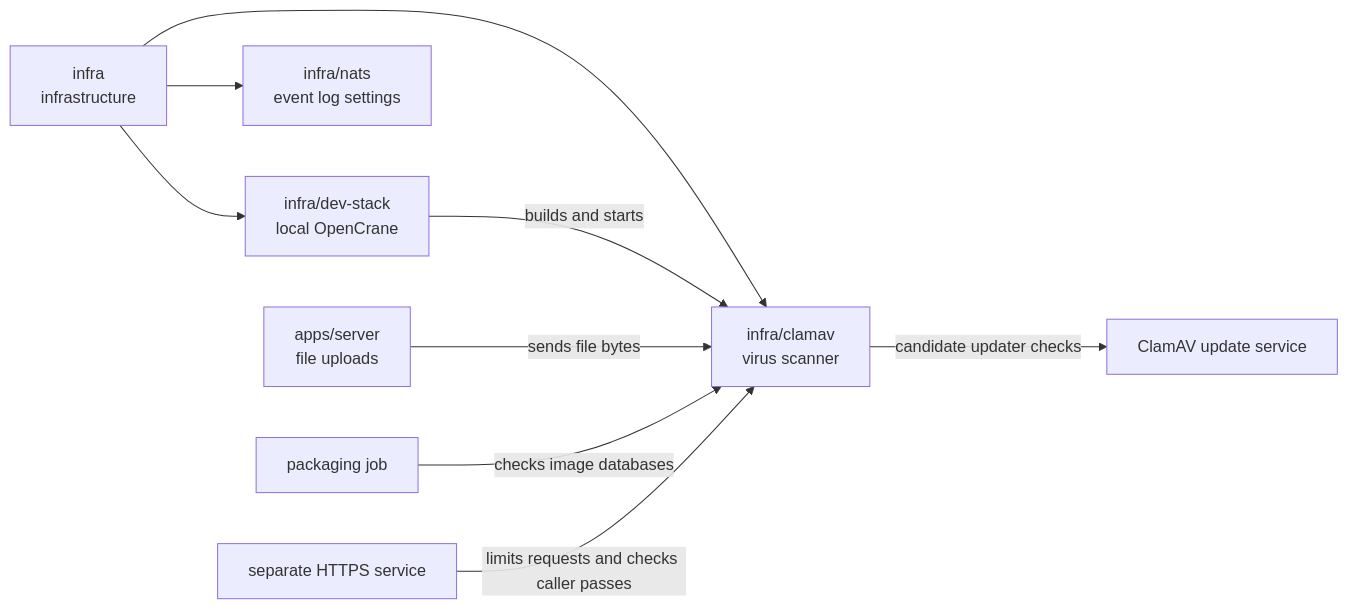
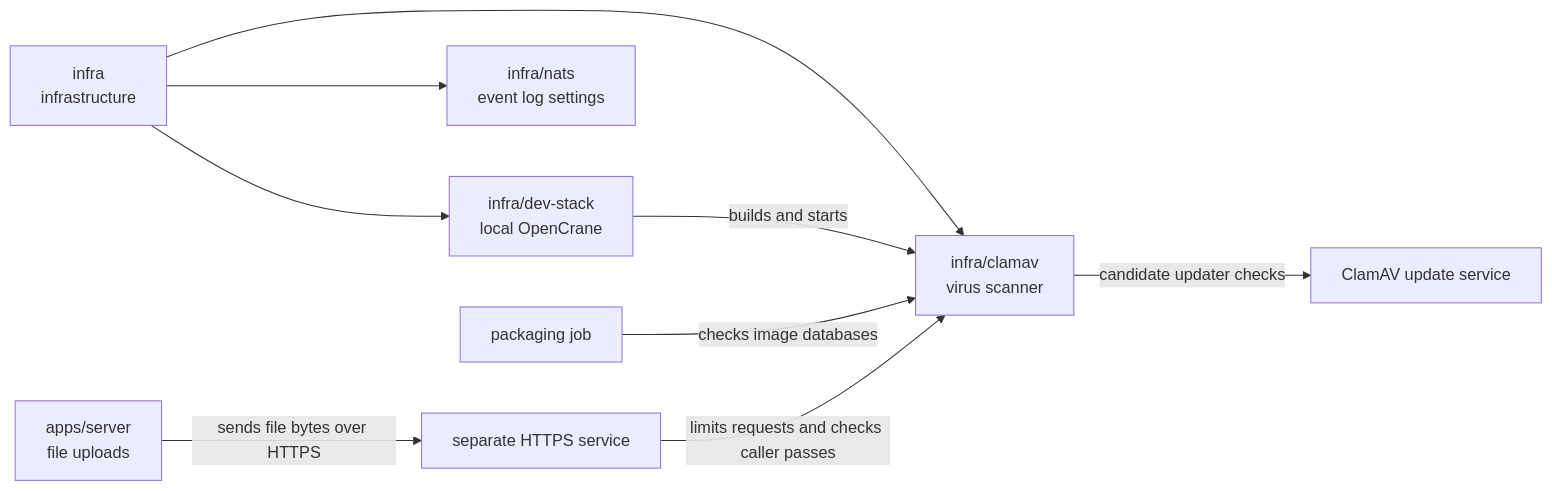
The diagram in infra/clamav/README.md (elewa-git/opencrane-new), drawn with Mermaid before and after one commit. The commit also changed other lines of this file and 19 other files, not shown here.

Commit message:
🔒 Require authenticated HTTPS scans before storing uploads

````diff
--- a/infra/clamav/README.md
+++ b/infra/clamav/README.md
@@ -15,11 +15,11 @@
 ```mermaid
 flowchart LR
   infra["infra<br/>infrastructure"] --> clamav["infra/clamav<br/>virus scanner"]
   infra --> stack["infra/dev-stack<br/>local OpenCrane"]
   infra --> nats["infra/nats<br/>event log settings"]
   stack -->|builds and starts| clamav
-  server["apps/server<br/>file uploads"] -->|sends file bytes| clamav
+  server["apps/server<br/>file uploads"] -->|sends file bytes over HTTPS| launcher
   clamav -->|candidate updater checks| updates["ClamAV update service"]
   packaging["packaging job"] -->|checks image databases| clamav
   launcher["separate HTTPS service"] -->|limits requests and checks caller passes| clamav
 ```
````
